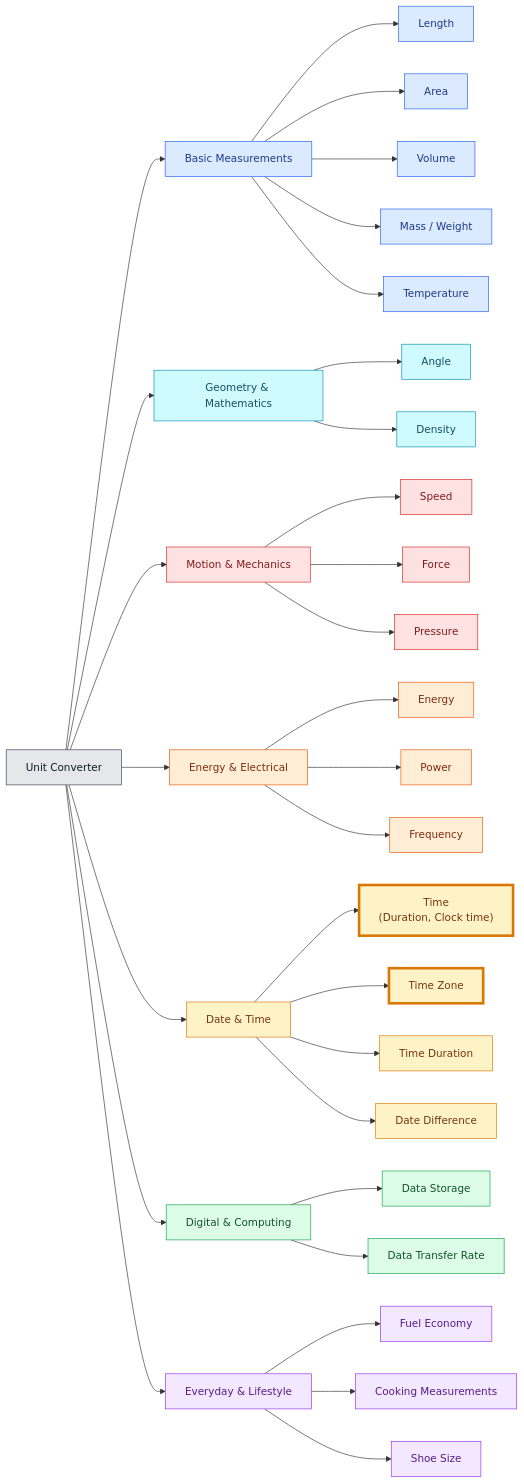
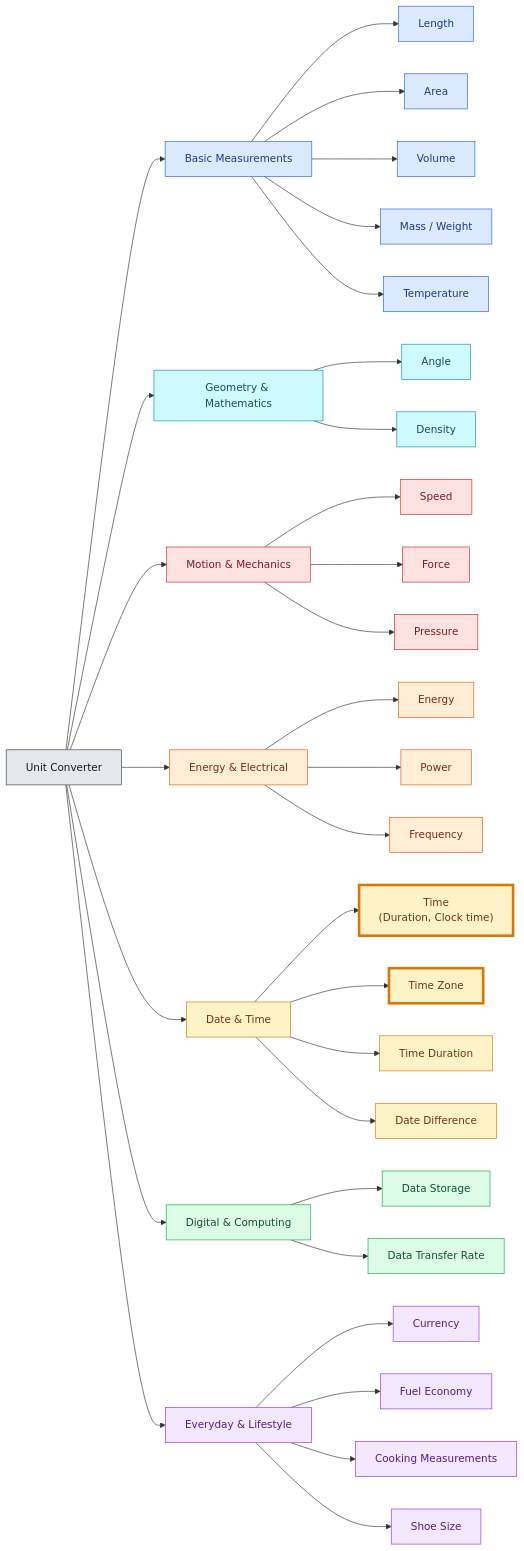
Before and after one commit to Aniruddha-25/unit-convertor: the diagram in README.md, drawn with Mermaid. The commit also changed 2 other files, not shown here.

Commit message:
Add static currency conversion support
Add a currency converter with approximate fixed reference rates, expose it as an available category, and update the README category diagram.

````diff
--- a/README.md
+++ b/README.md
@@ -10,61 +10,62 @@
 ```mermaid
 flowchart LR
     A["Unit Converter"]
 
     A --> B["Basic Measurements"]
     A --> C["Geometry & Mathematics"]
     A --> D["Motion & Mechanics"]
     A --> E["Energy & Electrical"]
     A --> F["Date & Time"]
     A --> G["Digital & Computing"]
     A --> H["Everyday & Lifestyle"]
 
     B --> B1["Length"]
     B --> B2["Area"]
     B --> B3["Volume"]
     B --> B4["Mass / Weight"]
     B --> B5["Temperature"]
 
     C --> C1["Angle"]
     C --> C2["Density"]
 
     D --> D1["Speed"]
     D --> D2["Force"]
     D --> D3["Pressure"]
 
     E --> E1["Energy"]
     E --> E2["Power"]
     E --> E3["Frequency"]
 
     F --> F1["Time<br/>(Duration, Clock time)"]
     F --> F2["Time Zone"]
     F --> F3["Time Duration"]
     F --> F4["Date Difference"]
 
     G --> G1["Data Storage"]
     G --> G2["Data Transfer Rate"]
 
+    H --> H0["Currency"]
     H --> H1["Fuel Economy"]
     H --> H2["Cooking Measurements"]
     H --> H3["Shoe Size"]
 
     classDef root fill:#e5e7eb,stroke:#374151,color:#111827
     classDef basic fill:#dbeafe,stroke:#2563eb,color:#1e3a8a
     classDef geometry fill:#cffafe,stroke:#0891b2,color:#164e63
     classDef motion fill:#fee2e2,stroke:#dc2626,color:#7f1d1d
     classDef energy fill:#ffedd5,stroke:#ea580c,color:#7c2d12
     classDef datetime fill:#fef3c7,stroke:#d97706,color:#78350f
     classDef digital fill:#dcfce7,stroke:#16a34a,color:#14532d
     classDef lifestyle fill:#f3e8ff,stroke:#9333ea,color:#581c87
     classDef available stroke-width:4px
 
     class A root
     class B,B1,B2,B3,B4,B5 basic
     class C,C1,C2 geometry
     class D,D1,D2,D3 motion
     class E,E1,E2,E3 energy
     class F,F1,F2,F3,F4 datetime
     class G,G1,G2 digital
-    class H,H1,H2,H3 lifestyle
+    class H,H0,H1,H2,H3 lifestyle
     class F1,F2 available
 ```
````
